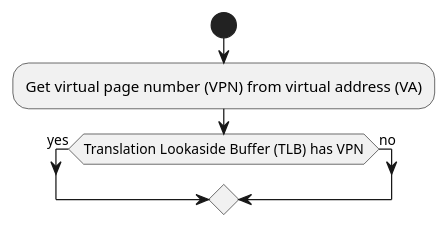
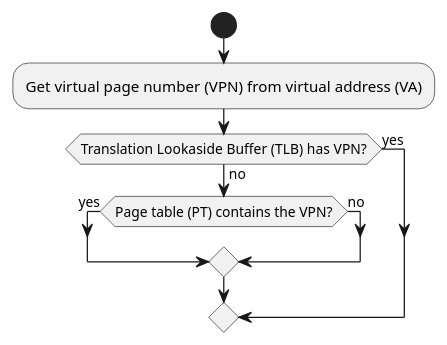
Before and after one commit to ashwinreddy/wiki: the second of 2 diagrams in Computer-Science/Translation lookaside buffer.md, drawn with PlantUML.

Commit message:
Updated Translation lookaside buffer.md (markdown)

```diff
--- a/Computer-Science/Translation lookaside buffer.md
+++ b/Computer-Science/Translation lookaside buffer.md
@@ -24,7 +24,10 @@
 @startuml
 start
 :Get virtual page number (VPN) from virtual address (VA);
-if (Translation Lookaside Buffer (TLB) has VPN) then (yes)
+if (Translation Lookaside Buffer (TLB) has VPN?) then (yes)
 else (no)
+    if (Page table (PT) contains the VPN?) then (yes)
+    else (no)
+    endif
 endif
 @enduml
```
